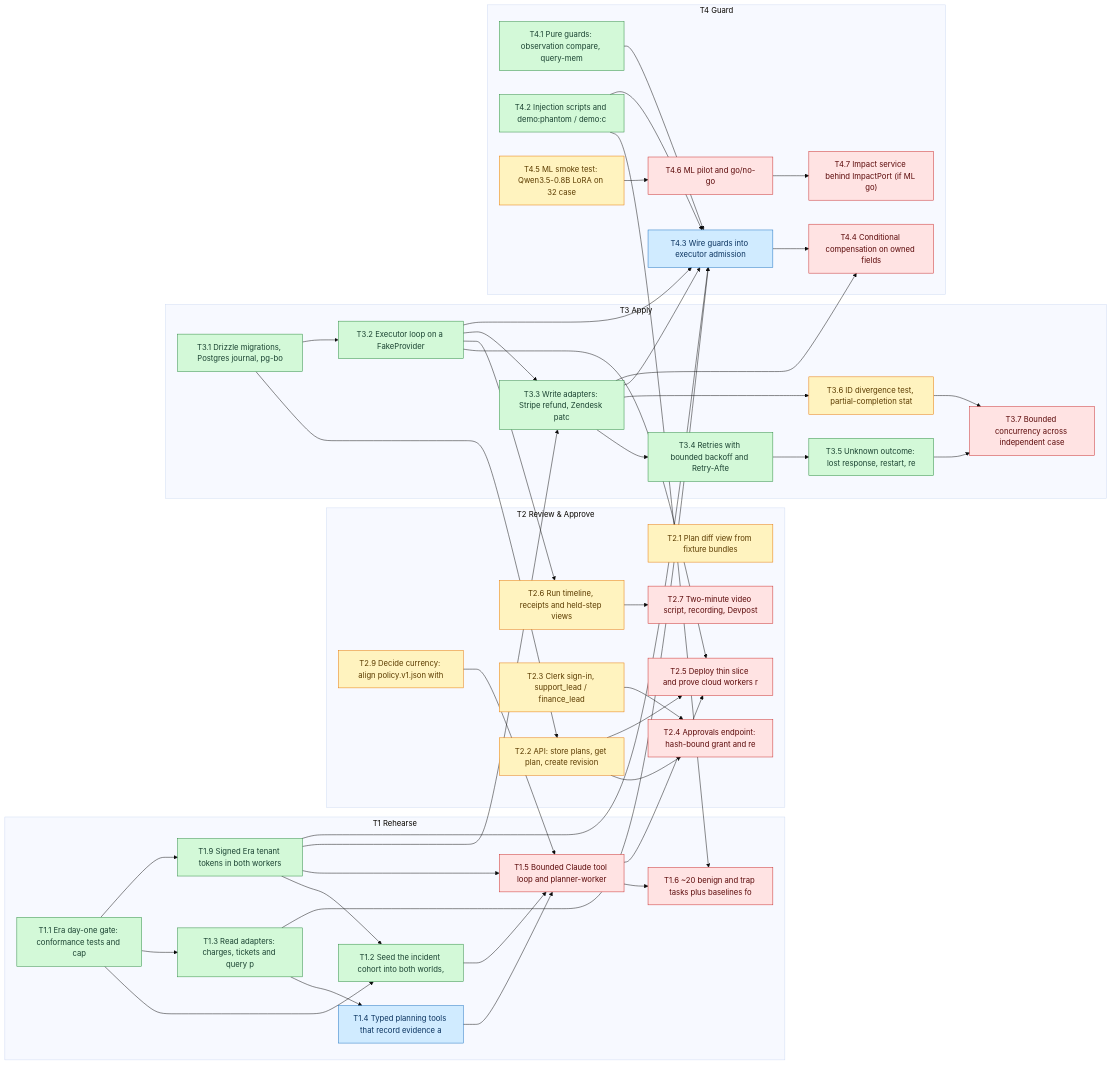
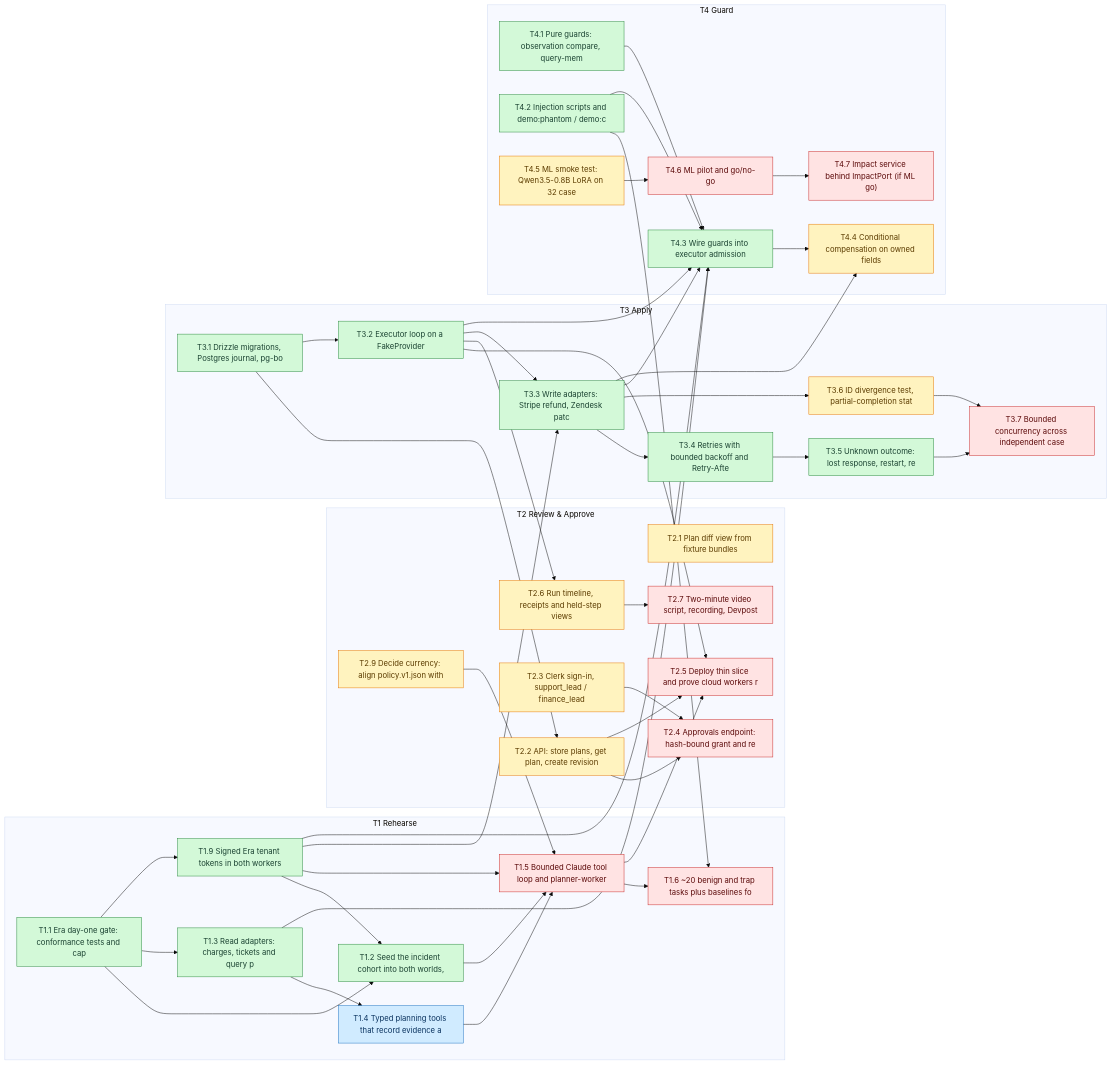
Before and after one commit to SoroushRF/Rehearsal: the diagram in BLOCKERS.md, drawn with Mermaid (base theme). The commit also changed other lines of this file, not shown here.

````diff
--- a/BLOCKERS.md
+++ b/BLOCKERS.md
@@ -84,82 +84,82 @@
 ```mermaid
 flowchart LR
   classDef done fill:#d3f9d8,stroke:#2b8a3e,color:#1b4332
   classDef review fill:#d0ebff,stroke:#1971c2,color:#0b3460
   classDef progress fill:#e5dbff,stroke:#5f3dc4,color:#2b1a66
   classDef ready fill:#fff3bf,stroke:#e67700,color:#5c3c00
   classDef blocked fill:#ffe3e3,stroke:#c92a2a,color:#5c0a0a
   subgraph T1[T1 Rehearse]
     T1_1["T1.1 Era day-one gate: conformance tests and cap"]:::done
     T1_2["T1.2 Seed the incident cohort into both worlds, "]:::done
     T1_3["T1.3 Read adapters: charges, tickets and query p"]:::done
     T1_4["T1.4 Typed planning tools that record evidence a"]:::review
     T1_5["T1.5 Bounded Claude tool loop and planner-worker"]:::blocked
     T1_6["T1.6 ~20 benign and trap tasks plus baselines fo"]:::blocked
     T1_9["T1.9 Signed Era tenant tokens in both workers"]:::done
   end
   subgraph T2[T2 Review & Approve]
     T2_1["T2.1 Plan diff view from fixture bundles"]:::ready
     T2_2["T2.2 API: store plans, get plan, create revision"]:::ready
     T2_3["T2.3 Clerk sign-in, support_lead / finance_lead "]:::ready
     T2_4["T2.4 Approvals endpoint: hash-bound grant and re"]:::blocked
     T2_5["T2.5 Deploy thin slice and prove cloud workers r"]:::blocked
     T2_6["T2.6 Run timeline, receipts and held-step views "]:::ready
     T2_7["T2.7 Two-minute video script, recording, Devpost"]:::blocked
     T2_9["T2.9 Decide currency: align policy.v1.json with "]:::ready
   end
   subgraph T3[T3 Apply]
     T3_1["T3.1 Drizzle migrations, Postgres journal, pg-bo"]:::done
     T3_2["T3.2 Executor loop on a FakeProvider"]:::done
     T3_3["T3.3 Write adapters: Stripe refund, Zendesk patc"]:::done
     T3_4["T3.4 Retries with bounded backoff and Retry-Afte"]:::done
     T3_5["T3.5 Unknown outcome: lost response, restart, re"]:::done
     T3_6["T3.6 ID divergence test, partial-completion stat"]:::ready
     T3_7["T3.7 Bounded concurrency across independent case"]:::blocked
   end
   subgraph T4[T4 Guard]
     T4_1["T4.1 Pure guards: observation compare, query-mem"]:::done
     T4_2["T4.2 Injection scripts and demo:phantom / demo:c"]:::done
-    T4_3["T4.3 Wire guards into executor admission"]:::review
-    T4_4["T4.4 Conditional compensation on owned fields"]:::blocked
+    T4_3["T4.3 Wire guards into executor admission"]:::done
+    T4_4["T4.4 Conditional compensation on owned fields"]:::ready
     T4_5["T4.5 ML smoke test: Qwen3.5-0.8B LoRA on 32 case"]:::ready
     T4_6["T4.6 ML pilot and go/no-go"]:::blocked
     T4_7["T4.7 Impact service behind ImpactPort (if ML go)"]:::blocked
   end
   T1_1 --> T1_2
   T1_9 --> T1_2
   T1_1 --> T1_3
   T1_3 --> T1_4
   T1_2 --> T1_5
   T1_4 --> T1_5
   T1_9 --> T1_5
   T2_9 --> T1_5
   T1_5 --> T1_6
   T4_2 --> T1_6
   T1_1 --> T1_9
   T3_1 --> T2_2
   T2_2 --> T2_4
   T2_3 --> T2_4
   T2_2 --> T2_5
   T1_5 --> T2_5
   T3_2 --> T2_5
   T3_2 --> T2_6
   T2_6 --> T2_7
   T3_1 --> T3_2
   T3_2 --> T3_3
   T1_9 --> T3_3
   T3_3 --> T3_4
   T3_4 --> T3_5
   T3_3 --> T3_6
   T3_5 --> T3_7
   T3_6 --> T3_7
   T4_1 --> T4_3
   T4_2 --> T4_3
   T3_2 --> T4_3
   T1_3 --> T4_3
   T3_3 --> T4_3
   T1_9 --> T4_3
   T4_3 --> T4_4
   T3_3 --> T4_4
   T4_5 --> T4_6
   T4_6 --> T4_7
 ```
````
